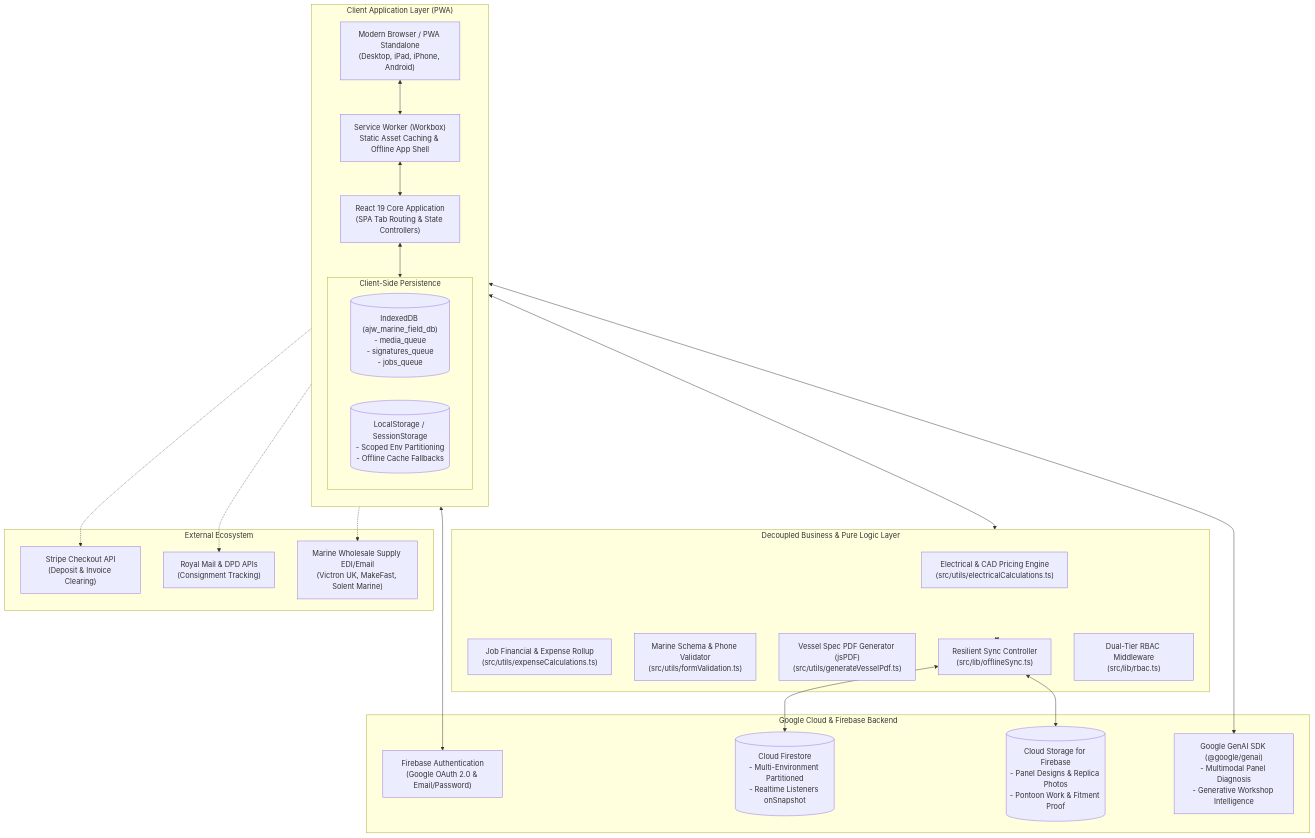
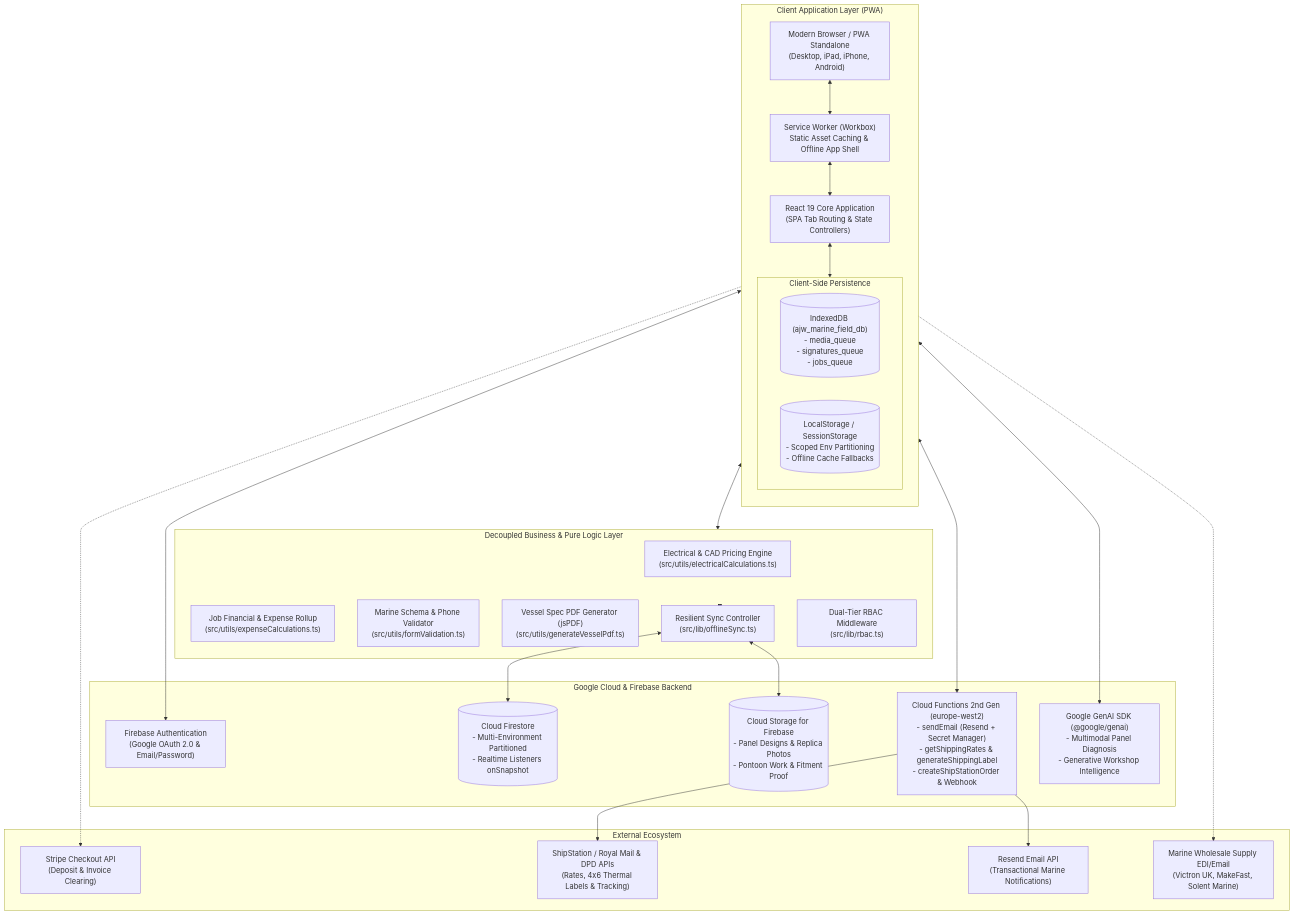
One commit to AnthonyWrather/ajwmes changed the first of 7 diagrams in DESIGN.md. Above: the diagram before and after it, drawn with Mermaid. The commit also changed other lines of this file and 11 other files, not shown here.

Commit message:
docs: sync documentation, AI control files, and E2E user journey roadmap

````diff
--- a/DESIGN.md
+++ b/DESIGN.md
@@ -45,49 +45,53 @@
 ```mermaid
 flowchart TB
     subgraph ClientLayer["Client Application Layer (PWA)"]
         direction TB
         Browser["Modern Browser / PWA Standalone\n(Desktop, iPad, iPhone, Android)"]
         SW["Service Worker (Workbox)\nStatic Asset Caching & Offline App Shell"]
         ReactApp["React 19 Core Application\n(SPA Tab Routing & State Controllers)"]
         
         subgraph ClientStorage["Client-Side Persistence"]
             IDB[("IndexedDB (ajw_marine_field_db)\n- media_queue\n- signatures_queue\n- jobs_queue")]
             LocalStor[("LocalStorage / SessionStorage\n- Scoped Env Partitioning\n- Offline Cache Fallbacks")]
         end
     end
 
     subgraph LogicLayer["Decoupled Business & Pure Logic Layer"]
         ElecCalc["Electrical & CAD Pricing Engine\n(src/utils/electricalCalculations.ts)"]
         ExpenseCalc["Job Financial & Expense Rollup\n(src/utils/expenseCalculations.ts)"]
         FormVal["Marine Schema & Phone Validator\n(src/utils/formValidation.ts)"]
         PDFGen["Vessel Spec PDF Generator (jsPDF)\n(src/utils/generateVesselPdf.ts)"]
         SyncEngine["Resilient Sync Controller\n(src/lib/offlineSync.ts)"]
         RBACEngine["Dual-Tier RBAC Middleware\n(src/lib/rbac.ts)"]
     end
 
     subgraph CloudLayer["Google Cloud & Firebase Backend"]
         FBAuth["Firebase Authentication\n(Google OAuth 2.0 & Email/Password)"]
         Firestore[("Cloud Firestore\n- Multi-Environment Partitioned\n- Realtime Listeners onSnapshot")]
         FBStorage[("Cloud Storage for Firebase\n- Panel Designs & Replica Photos\n- Pontoon Work & Fitment Proof")]
+        CloudFuncs["Cloud Functions 2nd Gen (europe-west2)\n- sendEmail (Resend + Secret Manager)\n- getShippingRates & generateShippingLabel\n- createShipStationOrder & Webhook"]
         GeminiAI["Google GenAI SDK (@google/genai)\n- Multimodal Panel Diagnosis\n- Generative Workshop Intelligence"]
     end
 
     subgraph ExternalServices["External Ecosystem"]
         StripeCheckout["Stripe Checkout API\n(Deposit & Invoice Clearing)"]
-        Carriers["Royal Mail & DPD APIs\n(Consignment Tracking)"]
+        Carriers["ShipStation / Royal Mail & DPD APIs\n(Rates, 4x6 Thermal Labels & Tracking)"]
+        ResendAPI["Resend Email API\n(Transactional Marine Notifications)"]
         Suppliers["Marine Wholesale Supply EDI/Email\n(Victron UK, MakeFast, Solent Marine)"]
     end
 
     Browser <--> SW
     SW <--> ReactApp
     ReactApp <--> ClientStorage
     ReactApp <--> LogicLayer
     LogicLayer <--> SyncEngine
     SyncEngine <--> Firestore
     SyncEngine <--> FBStorage
     ReactApp <--> FBAuth
+    ReactApp <--> CloudFuncs
     ReactApp <--> GeminiAI
     ReactApp -.-> StripeCheckout
-    ReactApp -.-> Carriers
+    CloudFuncs --> Carriers
+    CloudFuncs --> ResendAPI
     ReactApp -.-> Suppliers
 ```
````
